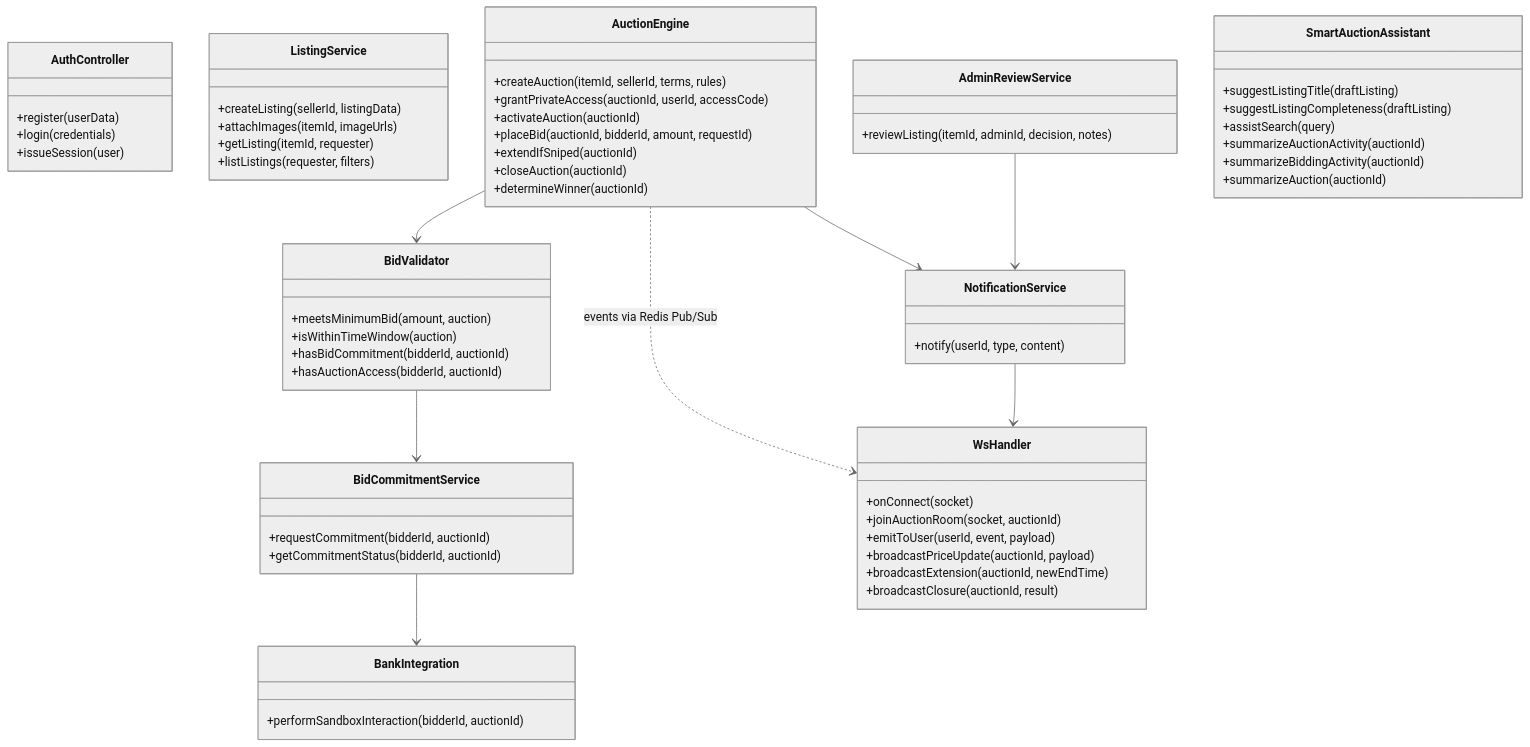
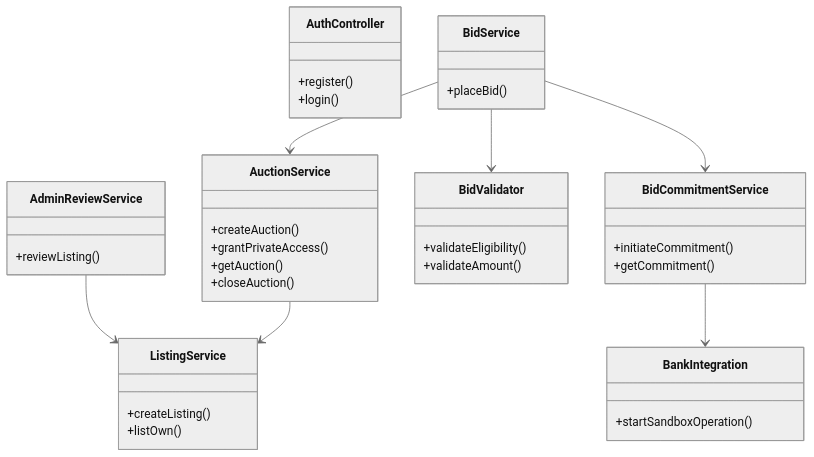
The second of 8 diagrams in Stage_3/Report.MD (ghadi0alzhrani0/Mezyad), drawn with Mermaid (neutral theme) before and after one commit. The commit also changed other lines of this file, not shown here.

````diff
--- a/Stage_3/Report.MD
+++ b/Stage_3/Report.MD
@@ -210,65 +134,40 @@
 ```mermaid
 classDiagram
-    class AuthController {
-        +register(userData)
-        +login(credentials)
-        +issueSession(user)
-    }
-    class ListingService {
-        +createListing(sellerId, listingData)
-        +attachImages(itemId, imageUrls)
-        +getListing(itemId, requester)
-        +listListings(requester, filters)
-    }
-    class AdminReviewService {
-        +reviewListing(itemId, adminId, decision, notes)
-    }
-    class AuctionEngine {
-        +createAuction(itemId, sellerId, terms, rules)
-        +grantPrivateAccess(auctionId, userId, accessCode)
-        +activateAuction(auctionId)
-        +placeBid(auctionId, bidderId, amount, requestId)
-        +extendIfSniped(auctionId)
-        +closeAuction(auctionId)
-        +determineWinner(auctionId)
-    }
-    class BidValidator {
-        +meetsMinimumBid(amount, auction)
-        +isWithinTimeWindow(auction)
-        +hasBidCommitment(bidderId, auctionId)
-        +hasAuctionAccess(bidderId, auctionId)
-    }
-    class BidCommitmentService {
-        +requestCommitment(bidderId, auctionId)
-        +getCommitmentStatus(bidderId, auctionId)
-    }
-    class BankIntegration {
-        +performSandboxInteraction(bidderId, auctionId)
-    }
-    class WsHandler {
-        +onConnect(socket)
-        +joinAuctionRoom(socket, auctionId)
-        +emitToUser(userId, event, payload)
-        +broadcastPriceUpdate(auctionId, payload)
-        +broadcastExtension(auctionId, newEndTime)
-        +broadcastClosure(auctionId, result)
-    }
-    class NotificationService {
-        +notify(userId, type, content)
-    }
-    class SmartAuctionAssistant {
-        +suggestListingTitle(draftListing)
-        +suggestListingCompleteness(draftListing)
-        +assistSearch(query)
-        +summarizeAuctionActivity(auctionId)
-        +summarizeBiddingActivity(auctionId)
-        +summarizeAuction(auctionId)
-    }
-    AuctionEngine --> BidValidator
-    AuctionEngine ..> WsHandler : events via Redis Pub/Sub
-    AuctionEngine --> NotificationService
-    BidValidator --> BidCommitmentService
-    BidCommitmentService --> BankIntegration
-    AdminReviewService --> NotificationService
-    NotificationService --> WsHandler
+  class AuthController {
+    +register()
+    +login()
+  }
+  class ListingService {
+    +createListing()
+    +listOwn()
+  }
+  class AdminReviewService {
+    +reviewListing()
+  }
+  class AuctionService {
+    +createAuction()
+    +grantPrivateAccess()
+    +getAuction()
+    +closeAuction()
+  }
+  class BidValidator {
+    +validateEligibility()
+    +validateAmount()
+  }
+  class BidService {
+    +placeBid()
+  }
+  class BidCommitmentService {
+    +initiateCommitment()
+    +getCommitment()
+  }
+  class BankIntegration {
+    +startSandboxOperation()
+  }
+  AdminReviewService --> ListingService
+  AuctionService --> ListingService
+  BidService --> AuctionService
+  BidService --> BidValidator
+  BidService --> BidCommitmentService
+  BidCommitmentService --> BankIntegration
 ```
````
